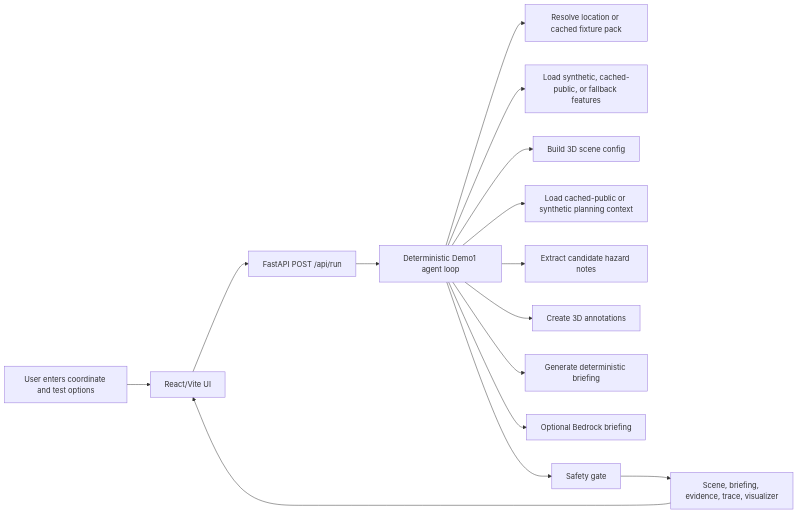
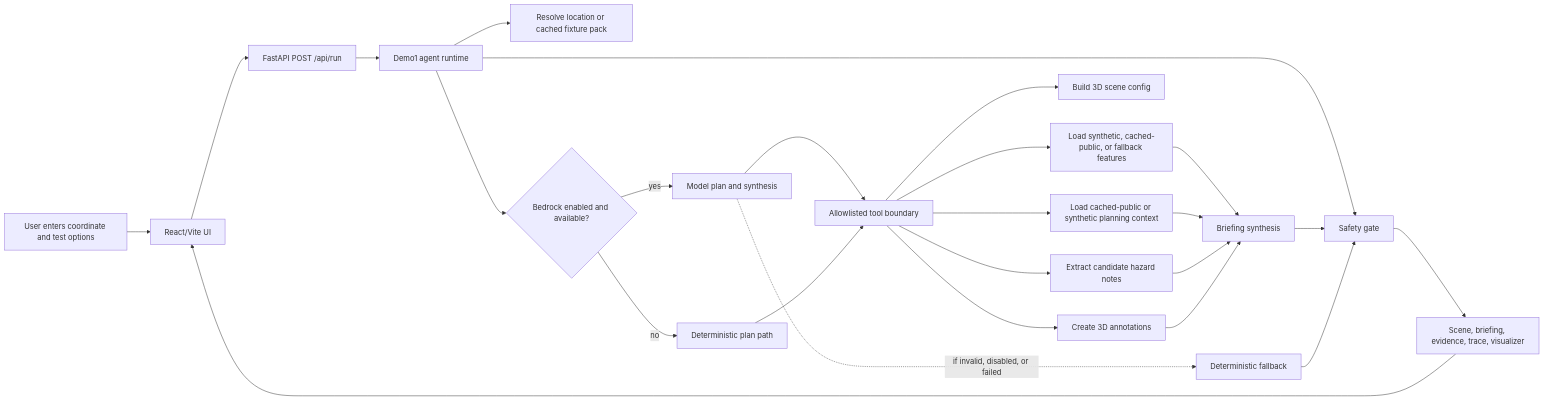
One commit to lanber1027/3D-RAMS changed the first of 7 diagrams in docs/architecture.md. Above: the diagram before and after it, drawn with Mermaid. The commit also changed other lines of this file and 19 other files, not shown here.

Commit message:
Add LLM-first planner runtime

````diff
--- a/docs/architecture.md
+++ b/docs/architecture.md
@@ -9,17 +17,27 @@
 ```mermaid
 flowchart LR
     User["User enters coordinate and test options"] --> UI["React/Vite UI"]
     UI --> API["FastAPI POST /api/run"]
-    API --> Agent["Deterministic Demo1 agent loop"]
+    API --> Agent["Demo1 agent runtime"]
     Agent --> Locate["Resolve location or cached fixture pack"]
-    Agent --> Geo["Load synthetic, cached-public, or fallback features"]
-    Agent --> Scene["Build 3D scene config"]
-    Agent --> Planning["Load cached-public or synthetic planning context"]
-    Agent --> Hazards["Extract candidate hazard notes"]
-    Agent --> Annotations["Create 3D annotations"]
-    Agent --> Brief["Generate deterministic briefing"]
-    Agent --> BedrockBrief["Optional Bedrock briefing"]
+    Agent --> Planner{"Bedrock enabled and available?"}
+    Planner -->|"yes"| ModelPlan["Model plan and synthesis"]
+    Planner -->|"no"| Deterministic["Deterministic plan path"]
+    ModelPlan --> ToolGate["Allowlisted tool boundary"]
+    Deterministic --> ToolGate
+    ToolGate --> Geo["Load synthetic, cached-public, or fallback features"]
+    ToolGate --> Scene["Build 3D scene config"]
+    ToolGate --> Planning["Load cached-public or synthetic planning context"]
+    ToolGate --> Hazards["Extract candidate hazard notes"]
+    ToolGate --> Annotations["Create 3D annotations"]
+    Geo --> Synthesis["Briefing synthesis"]
+    Planning --> Synthesis
+    Hazards --> Synthesis
+    Annotations --> Synthesis
     Agent --> Safety["Safety gate"]
+    Synthesis --> Safety
+    ModelPlan -. "if invalid, disabled, or failed" .-> Fallback["Deterministic fallback"]
+    Fallback --> Safety
     Safety --> Output["Scene, briefing, evidence, trace, visualizer"]
     Output --> UI
 ```
````
